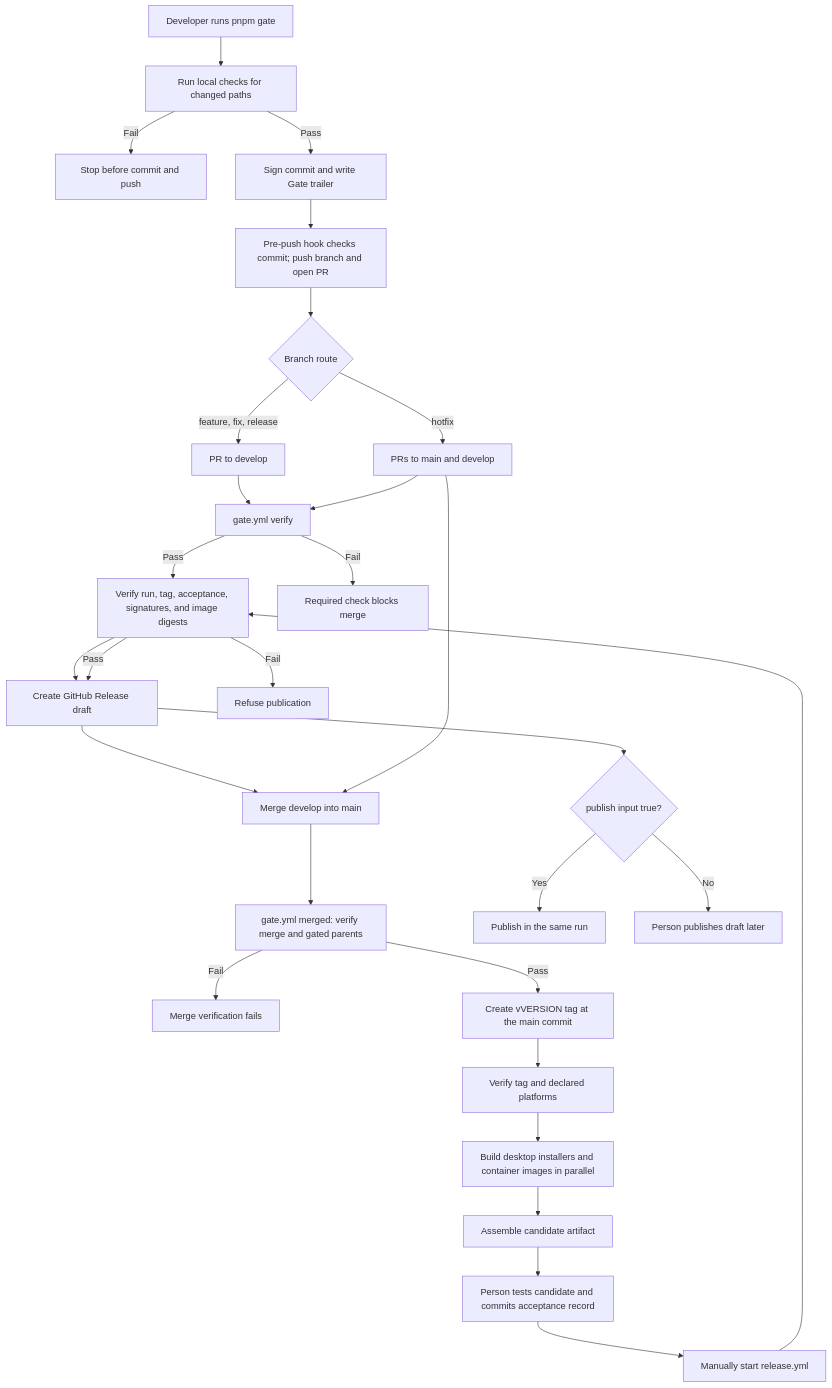
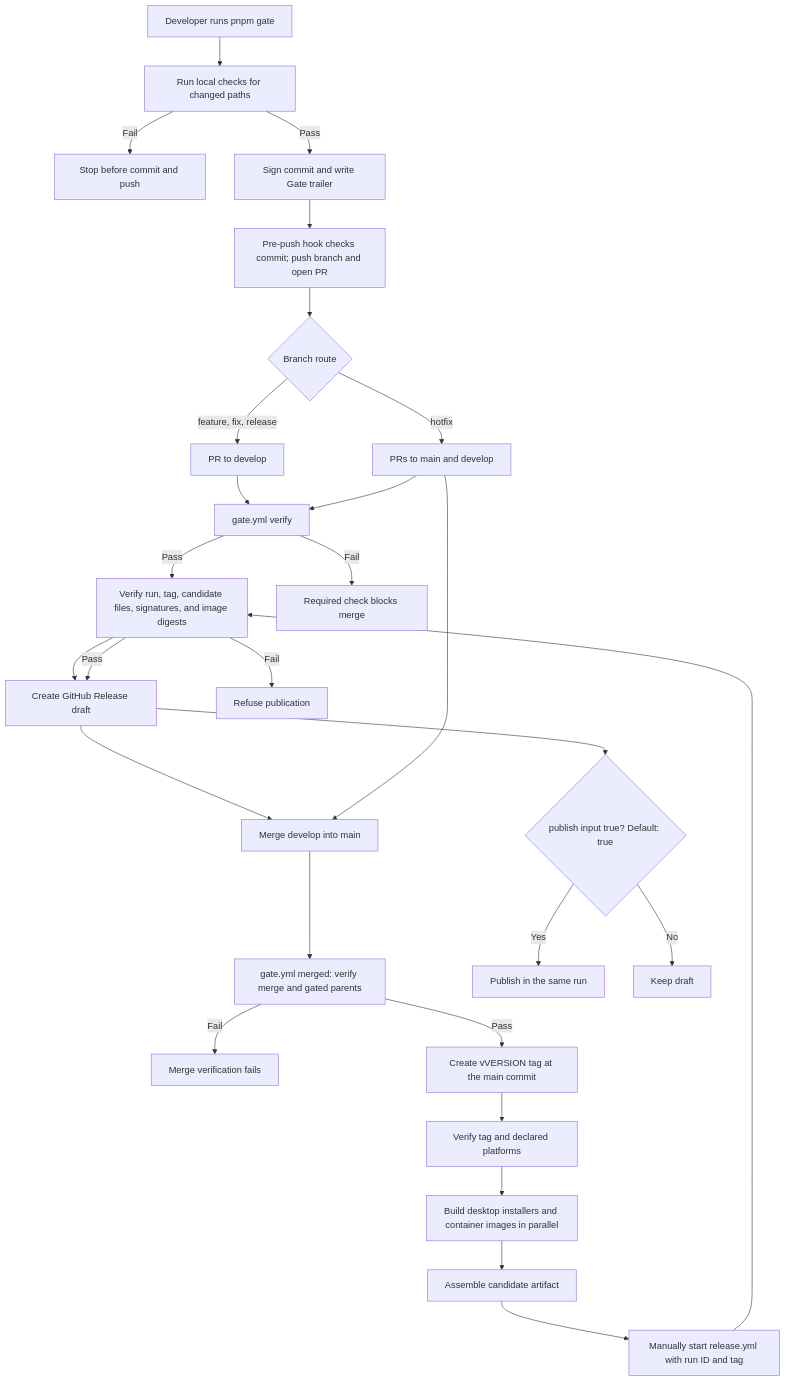
The diagram in docs/ci-cd.md (Yuqi-666/dBrain), drawn with Mermaid before and after one commit. The commit also changed other lines of this file and 14 other files, not shown here.

First line of the commit message:
fix(release): publish verified candidates directly

````diff
--- a/docs/ci-cd.md
+++ b/docs/ci-cd.md
@@ -15,31 +15,30 @@
 ```mermaid
 flowchart TD
     A["Developer runs pnpm gate"] --> B["Run local checks for changed paths"]
     B -->|Fail| X["Stop before commit and push"]
     B -->|Pass| C["Sign commit and write Gate trailer"]
     C --> D["Pre-push hook checks commit; push branch and open PR"]
     D --> E{"Branch route"}
     E -->|feature, fix, release| E1["PR to develop"]
     E -->|hotfix| E2["PRs to main and develop"]
     E1 --> V["gate.yml verify"]
     E2 --> V
     V -->|Pass| P["Merge into develop"]
     P --> R["pnpm gate on develop: select declared platforms and open promotion PR"]
     R --> F["Merge develop into main"]
     E2 --> F
     V -->|Fail| Y["Required check blocks merge"]
     F --> G["gate.yml merged: verify merge and gated parents"]
     G -->|Fail| Z["Merge verification fails"]
     G -->|Pass| J["Create vVERSION tag at the main commit"]
     J --> K["Verify tag and declared platforms"]
     K --> L["Build desktop installers and container images in parallel"]
     L --> M["Assemble candidate artifact"]
-    M --> N["Person tests candidate and commits acceptance record"]
-    N --> O["Manually start release.yml"]
-    O --> P["Verify run, tag, acceptance, signatures, and image digests"]
+    M --> O["Manually start release.yml with run ID and tag"]
+    O --> P["Verify run, tag, candidate files, signatures, and image digests"]
     P -->|Fail| Q["Refuse publication"]
     P -->|Pass| R["Create GitHub Release draft"]
-    R --> S{"publish input true?"}
+    R --> S{"publish input true? Default: true"}
     S -->|Yes| T["Publish in the same run"]
-    S -->|No| U["Person publishes draft later"]
+    S -->|No| U["Keep draft"]
 ```
````
